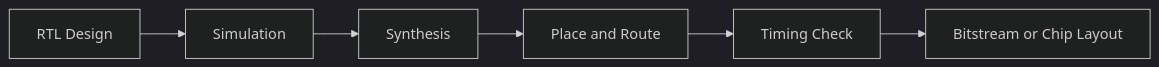
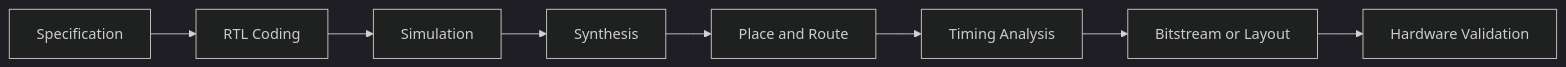
One commit to cindycallista/anggie_co changed the diagram in week8/README.md. Above: the diagram before and after it, drawn with Mermaid (dark theme). The commit also changed other lines of this file, not shown here.

````diff
--- a/week8/README.md
+++ b/week8/README.md
@@ -10,8 +25,10 @@
 ```mermaid
 flowchart LR
-    A[RTL Design] --> B[Simulation]
-    B --> C[Synthesis]
-    C --> D[Place and Route]
-    D --> E[Timing Check]
-    E --> F[Bitstream or Chip Layout]
+    A[Specification] --> B[RTL Coding]
+    B --> C[Simulation]
+    C --> D[Synthesis]
+    D --> E[Place and Route]
+    E --> F[Timing Analysis]
+    F --> G[Bitstream or Layout]
+    G --> H[Hardware Validation]
 ```
````
